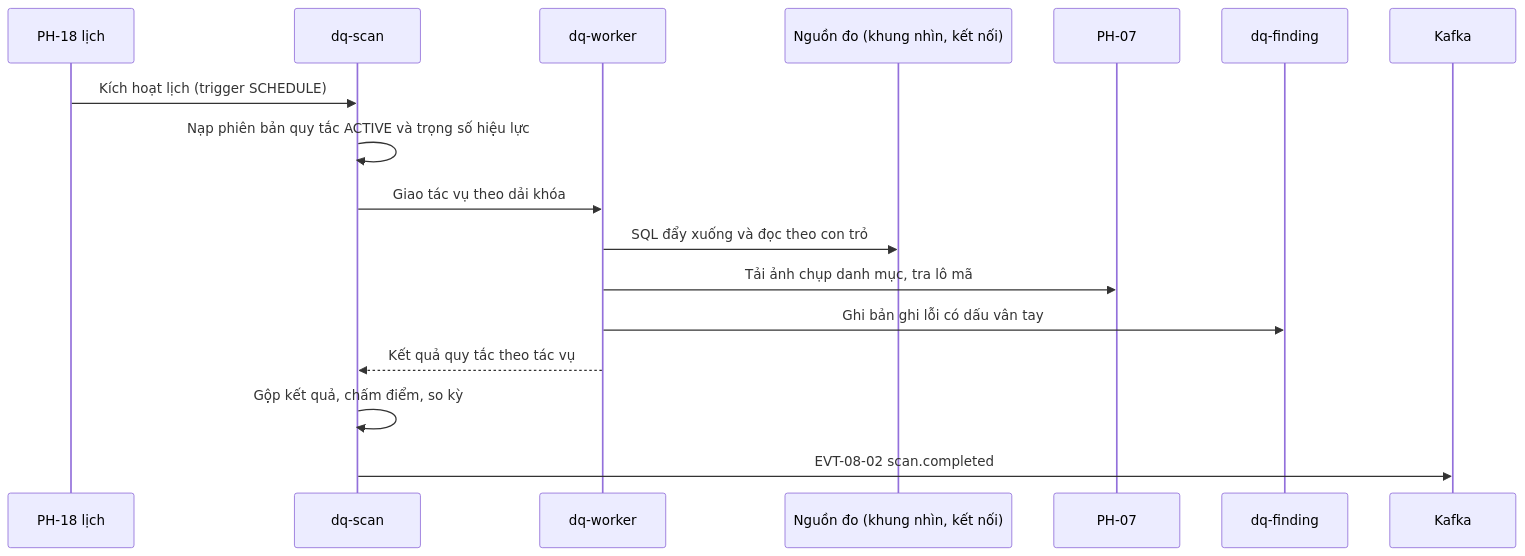
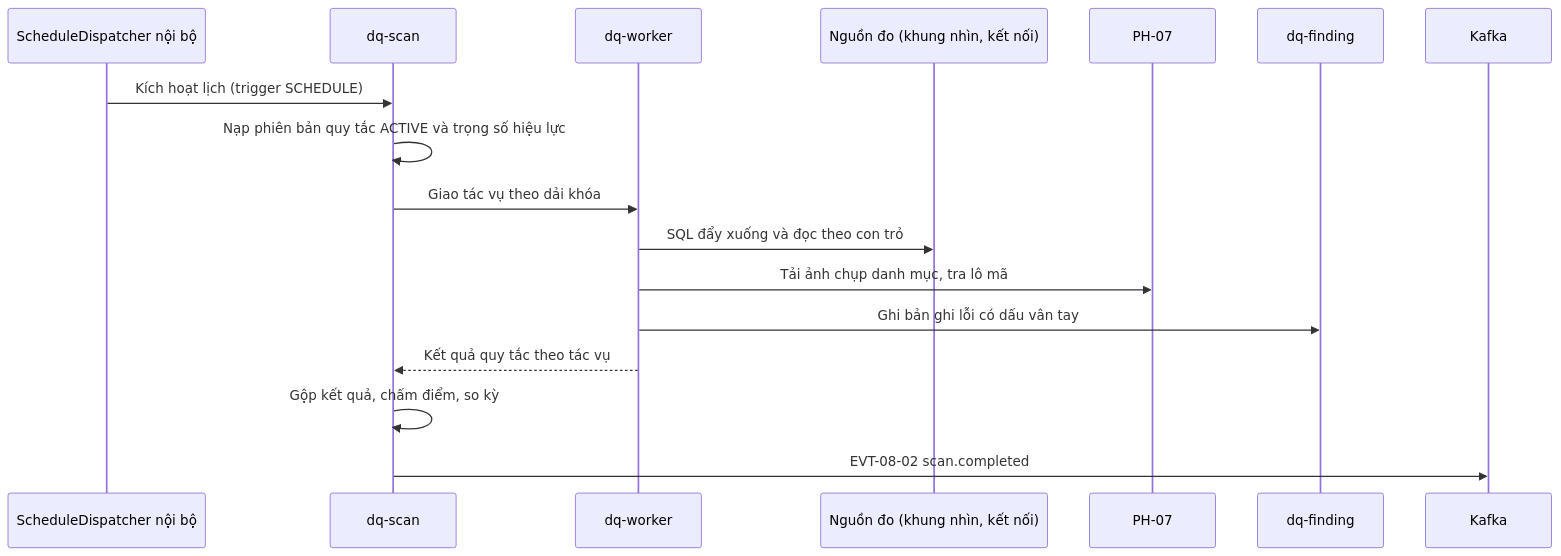
Before and after one commit to caprocute/DATAHUB: the second of 41 diagrams in datahub-docs/02-yeu-cau/frs/D02-03-PH08-frs-chat-luong-du-lieu.md, drawn with Mermaid. The commit also changed other lines of this file and 24 other files, not shown here.

````diff
--- a/datahub-docs/02-yeu-cau/frs/D02-03-PH08-frs-chat-luong-du-lieu.md
+++ b/datahub-docs/02-yeu-cau/frs/D02-03-PH08-frs-chat-luong-du-lieu.md
@@ -237,19 +237,19 @@
 ```{.mermaid caption="Trình tự luồng chính một lần đo theo lịch"}
 sequenceDiagram
-  participant J as PH-18 lịch
+  participant J as ScheduleDispatcher nội bộ
   participant S as dq-scan
   participant W as dq-worker
   participant D as Nguồn đo (khung nhìn, kết nối)
   participant R as PH-07
   participant F as dq-finding
   participant K as Kafka
   J->>S: Kích hoạt lịch (trigger SCHEDULE)
   S->>S: Nạp phiên bản quy tắc ACTIVE và trọng số hiệu lực
   S->>W: Giao tác vụ theo dải khóa
   W->>D: SQL đẩy xuống và đọc theo con trỏ
   W->>R: Tải ảnh chụp danh mục, tra lô mã
   W->>F: Ghi bản ghi lỗi có dấu vân tay
   W-->>S: Kết quả quy tắc theo tác vụ
   S->>S: Gộp kết quả, chấm điểm, so kỳ
   S->>K: EVT-08-02 scan.completed
 ```
````
